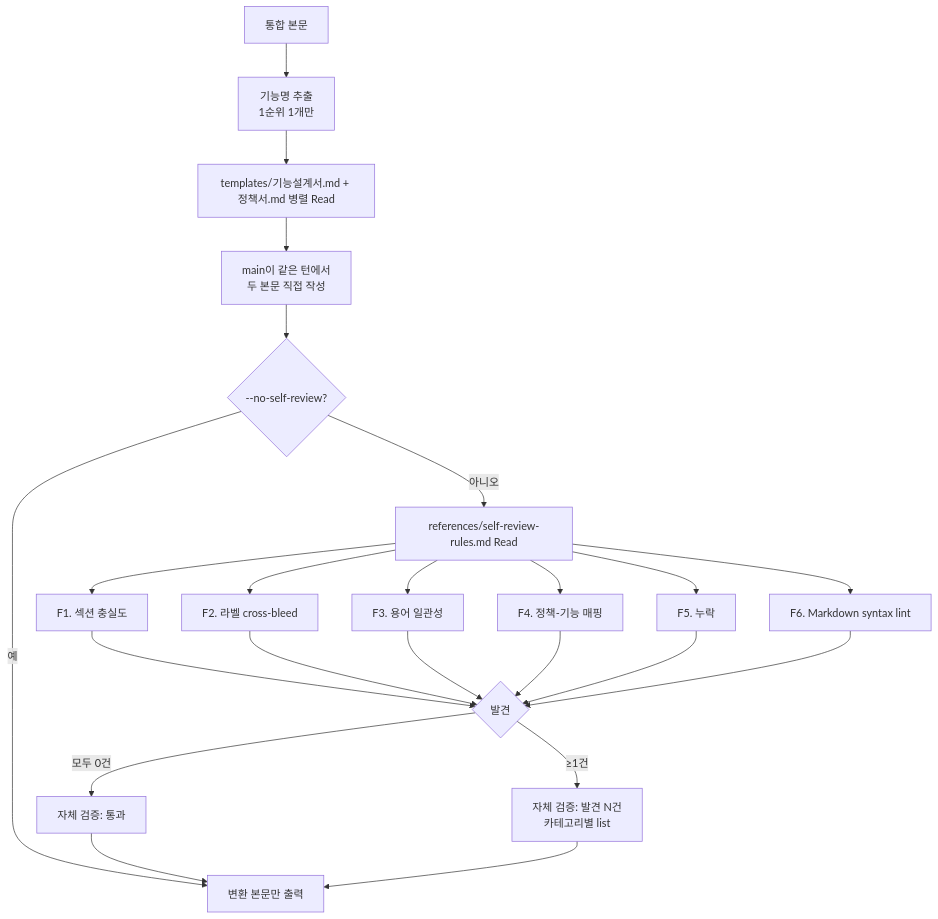
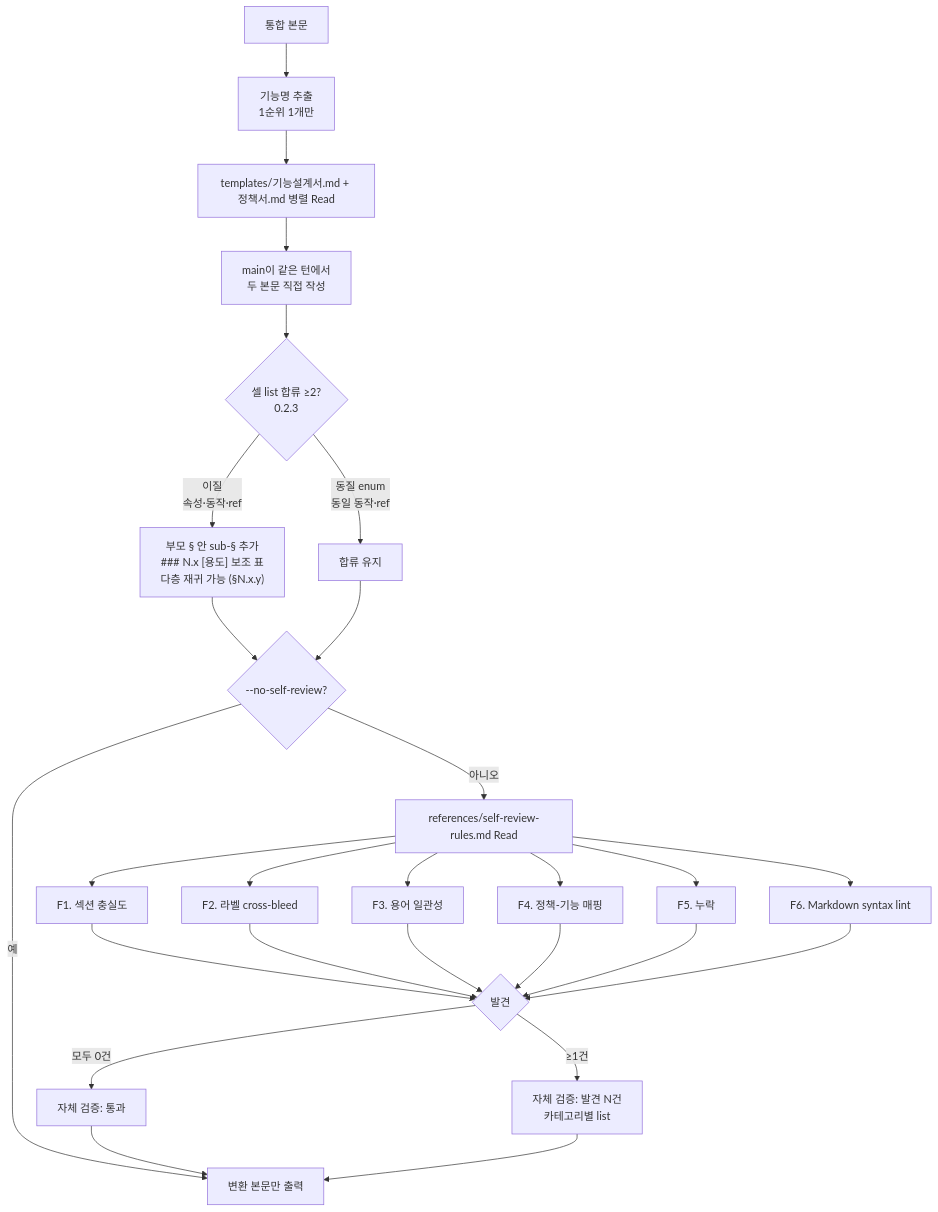
One commit to inkwonjung-colosseum/plugins changed the seventh of 11 diagrams in planning-kit/docs/planning-format-workflow.md. Above: the diagram before and after it, drawn with Mermaid. The commit also changed 7 other files, not shown here.

````diff
--- a/planning-kit/docs/planning-format-workflow.md
+++ b/planning-kit/docs/planning-format-workflow.md
@@ -159,29 +159,32 @@
 ```mermaid
 flowchart TD
   CB[통합 본문] --> NA[기능명 추출<br/>1순위 1개만]
   NA --> RD[templates/기능설계서.md + 정책서.md 병렬 Read]
   RD --> WR[main이 같은 턴에서<br/>두 본문 직접 작성]
-
-  WR --> NSR{--no-self-review?}
+  WR --> LD{셀 list 합류 ≥2?<br/>0.2.3}
+  LD -->|이질<br/>속성·동작·ref| AUX["부모 § 안 sub-§ 추가<br/>### N.x [용도] 보조 표<br/>다층 재귀 가능 (§N.x.y)"]
+  LD -->|동질 enum<br/>동일 동작·ref| KEEP[합류 유지]
+  AUX --> NSR{--no-self-review?}
+  KEEP --> NSR
   NSR -->|예| OUT[변환 본문만 출력]
   NSR -->|아니오| SR[references/self-review-rules.md Read]
 
   SR --> F1[F1. 섹션 충실도]
   SR --> F2[F2. 라벨 cross-bleed]
   SR --> F3[F3. 용어 일관성]
   SR --> F4[F4. 정책-기능 매핑]
   SR --> F5[F5. 누락]
   SR --> F6[F6. Markdown syntax lint]
 
   F1 --> RES{발견}
   F2 --> RES
   F3 --> RES
   F4 --> RES
   F5 --> RES
   F6 --> RES
   RES -->|모두 0건| PASS[자체 검증: 통과]
   RES -->|≥1건| FOUND[자체 검증: 발견 N건<br/>카테고리별 list]
 
   PASS --> OUT
   FOUND --> OUT
 ```
````
